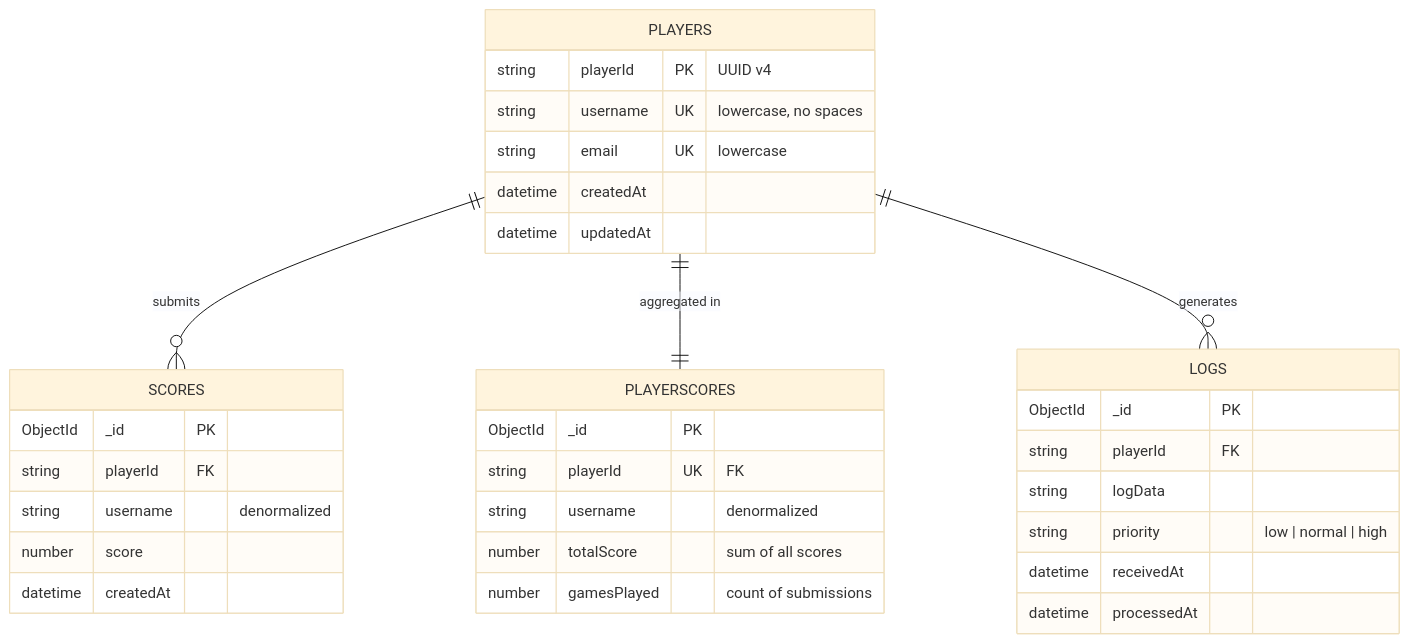
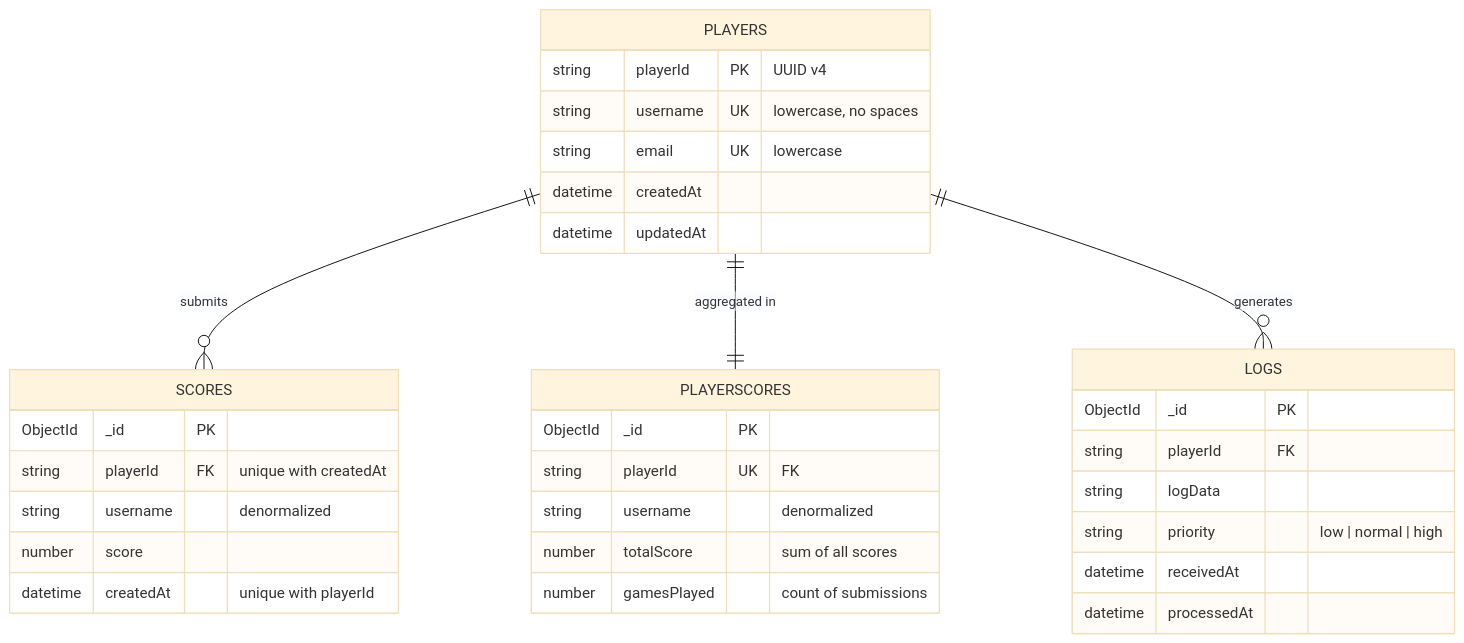
Before and after one commit to AmitOfir4/Whalo-Backend-Exam: the ninth of 10 diagrams in docs/architecture.md, drawn with Mermaid (base theme). The commit also changed other lines of this file and 4 other files, not shown here.

````diff
--- a/docs/architecture.md
+++ b/docs/architecture.md
@@ -281,39 +287,39 @@
 ```mermaid
 erDiagram
     PLAYERS {
         string playerId PK "UUID v4"
         string username UK "lowercase, no spaces"
         string email UK "lowercase"
         datetime createdAt
         datetime updatedAt
     }
 
     SCORES {
         ObjectId _id PK
-        string playerId FK
+        string playerId FK "unique with createdAt"
         string username "denormalized"
         number score
-        datetime createdAt
+        datetime createdAt "unique with playerId"
     }
 
     PLAYERSCORES {
         ObjectId _id PK
         string playerId UK "FK"
         string username "denormalized"
         number totalScore "sum of all scores"
         number gamesPlayed "count of submissions"
     }
 
     LOGS {
         ObjectId _id PK
         string playerId FK
         string logData
         string priority "low | normal | high"
         datetime receivedAt
         datetime processedAt
     }
 
     PLAYERS ||--o{ SCORES : "submits"
     PLAYERS ||--|| PLAYERSCORES : "aggregated in"
     PLAYERS ||--o{ LOGS : "generates"
 ```
````
